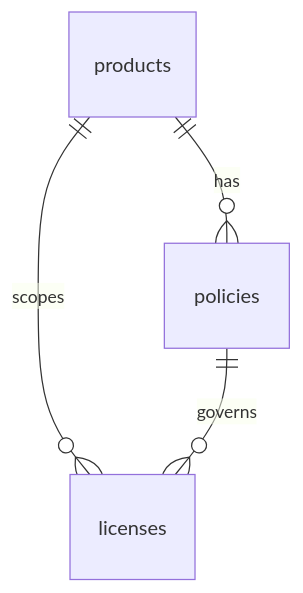
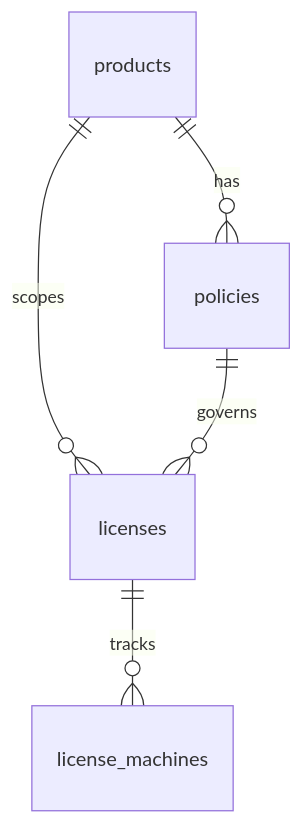
Before and after one commit to alvarorg14/openlicensd: the second of 5 diagrams in docs/architecture.md, drawn with Mermaid. The commit also changed other lines of this file and 36 other files, not shown here.

````diff
--- a/docs/architecture.md
+++ b/docs/architecture.md
@@ -73,6 +73,7 @@
 ```mermaid
 erDiagram
     products ||--o{ policies : has
     products ||--o{ licenses : scopes
     policies ||--o{ licenses : governs
+    licenses ||--o{ license_machines : tracks
 ```
````
